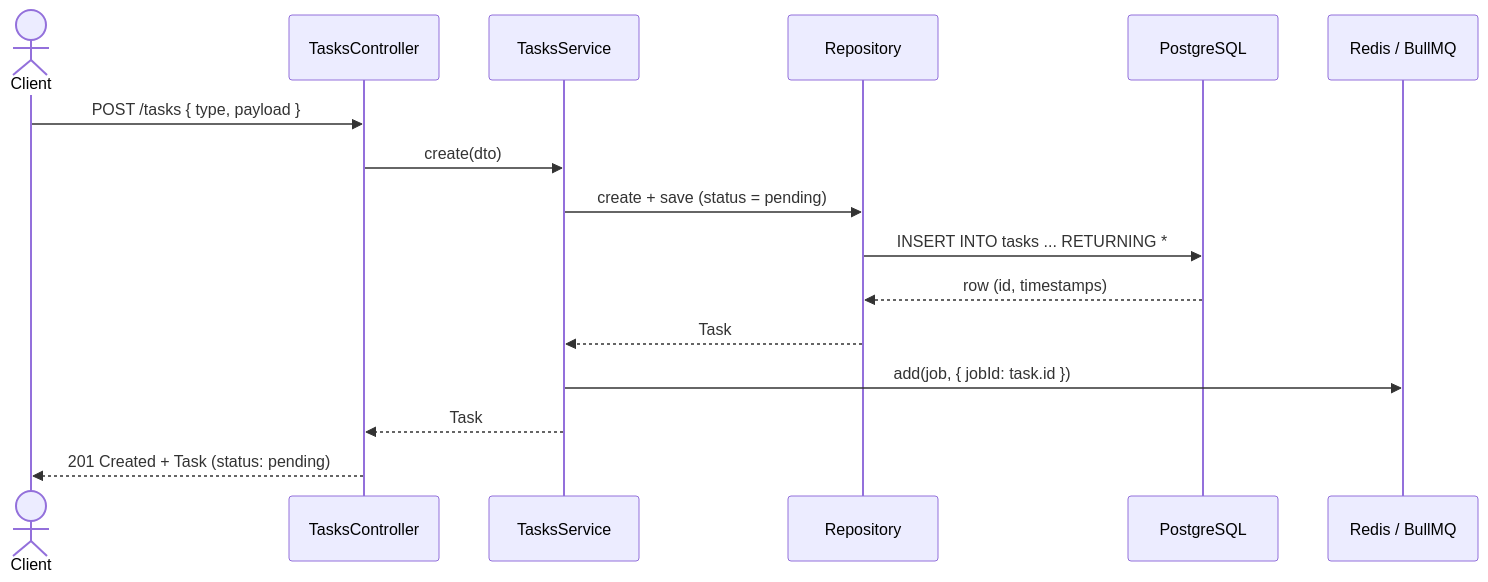
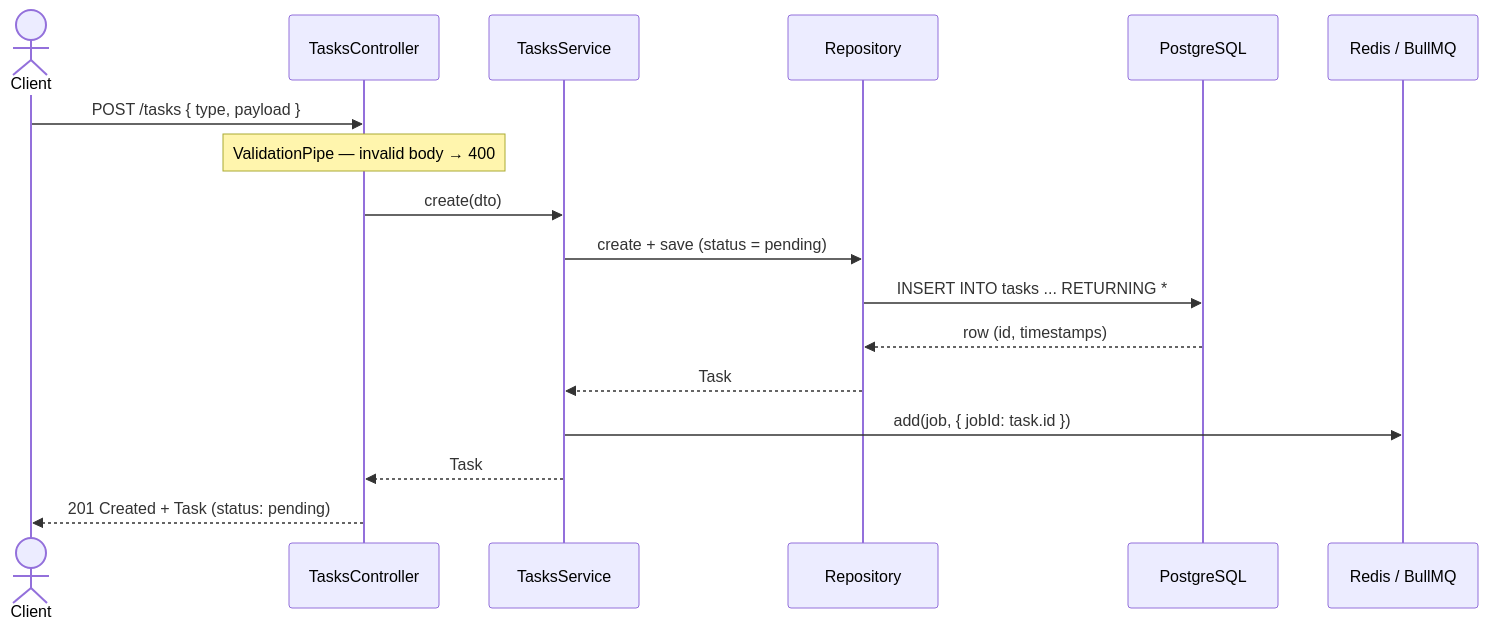
Before and after one commit to AnaMuraya/conveyor: the second of 5 diagrams in docs/architecture.md, drawn with Mermaid. The commit also changed other lines of this file and 8 other files, not shown here.

First line of the commit message:
feat: validate and sanitize request bodies with a global ValidationPipe

````diff
--- a/docs/architecture.md
+++ b/docs/architecture.md
@@ -64,19 +66,20 @@
 ```mermaid
 sequenceDiagram
   actor Client
   participant C as TasksController
   participant S as TasksService
   participant R as Repository
   participant DB as PostgreSQL
   participant Q as Redis / BullMQ
 
   Client->>C: POST /tasks { type, payload }
+  Note over C: ValidationPipe — invalid body → 400
   C->>S: create(dto)
   S->>R: create + save (status = pending)
   R->>DB: INSERT INTO tasks ... RETURNING *
   DB-->>R: row (id, timestamps)
   R-->>S: Task
   S->>Q: add(job, { jobId: task.id })
   S-->>C: Task
   C-->>Client: 201 Created + Task (status: pending)
 ```
````
